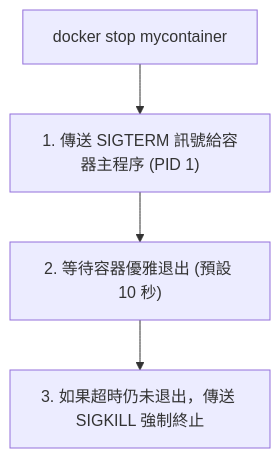
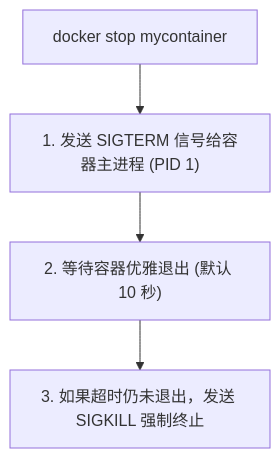
One commit to doggy8088/docker_practice changed the first of 2 diagrams in 05_container/5.3_stop.md. Above: the diagram before and after it, drawn with Mermaid. The commit also changed other lines of this file and 54 other files, not shown here.

````diff
--- a/05_container/5.3_stop.md
+++ b/05_container/5.3_stop.md
@@ -27,6 +27,6 @@
 ```mermaid
 flowchart TD
-    cmd["docker stop mycontainer"] --> A["1. 傳送 SIGTERM 訊號給容器主程序 (PID 1)"]
-    A --> B["2. 等待容器優雅退出 (預設 10 秒)"]
-    B --> C["3. 如果超時仍未退出，傳送 SIGKILL 強制終止"]
+    cmd["docker stop mycontainer"] --> A["1. 发送 SIGTERM 信号给容器主进程 (PID 1)"]
+    A --> B["2. 等待容器优雅退出 (默认 10 秒)"]
+    B --> C["3. 如果超时仍未退出，发送 SIGKILL 强制终止"]
 ```
````
